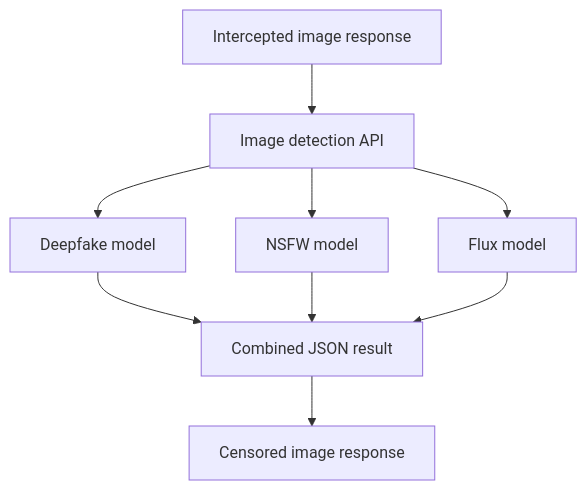
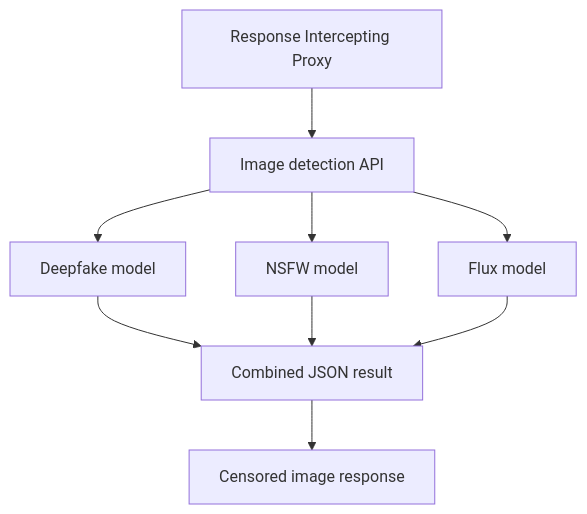
The diagram in presentation/salus_presentation.qmd (stoyanov-kaloyan/salus), drawn with Mermaid before and after one commit. The commit also changed other lines of this file and 7 other files, not shown here.

````diff
--- a/presentation/salus_presentation.qmd
+++ b/presentation/salus_presentation.qmd
@@ -57,11 +61,11 @@
 ```{mermaid}
 flowchart TD
-  A[Intercepted image response] --> B[Image detection API]
+  A[Response Intercepting Proxy] --> B[Image detection API]
   B --> C[Deepfake model]
   B --> D[NSFW model]
   B --> E[Flux model]
   C --> F[Combined JSON result]
   D --> F
   E --> F
   F --> H[Censored image response]
 ```
````
